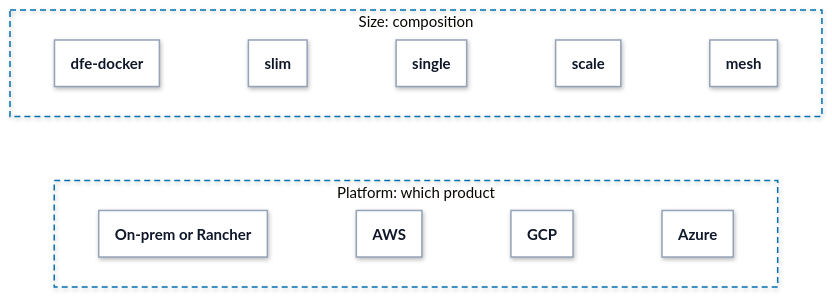
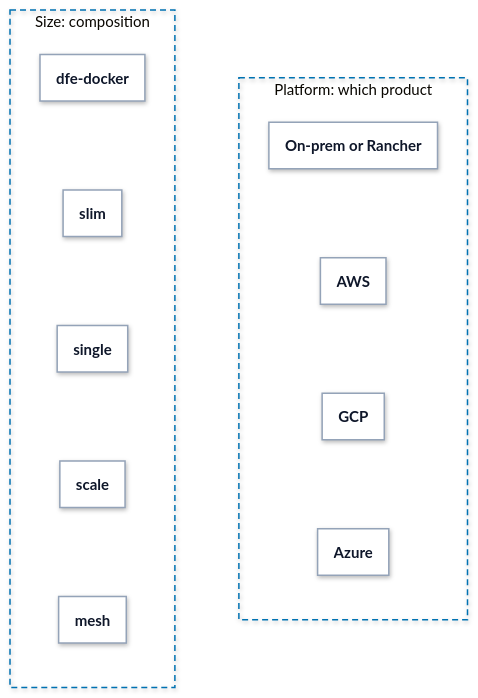
Before and after one commit to hyperi-io/dfe-engine: the second of 4 diagrams in docs/deployment/backing-services.md, drawn with Mermaid. The commit also changed 30 other files, not shown here.

First line of the commit message:
docs(architecture): engine page to the standard, diagrams to 860 px

````diff
--- a/docs/deployment/backing-services.md
+++ b/docs/deployment/backing-services.md
@@ -116,74 +116,74 @@
 ```mermaid
 ---
 config:
   theme: base
   look: neo
   fontFamily: Inter, -apple-system, Segoe UI, Roboto, Helvetica, Arial, sans-serif
   flowchart:
     curve: linear
     nodeSpacing: 40
     rankSpacing: 64
     padding: 18
     wrappingWidth: 280
     htmlLabels: true
   elk:
     preset: modelOrder
   themeVariables:
     fontSize: 15px
     lineColor: "#64748B"
     primaryTextColor: "#0F172A"
     clusterBorder: "#0072B2"
     edgeLabelBackground: "#FFFFFF"
   themeCSS: >-
     p{margin:0}
     .node[data-look] rect,.node[data-look] path,.node[data-look] polygon,.node[data-look] .outer-path{filter:drop-shadow(0 1px 2px rgba(15,23,42,.10)) drop-shadow(0 6px 14px rgba(15,23,42,.10))}
     .node rect{rx:10px;ry:10px}
     .cluster rect{rx:16px;ry:16px}
     .node .label div{min-width:150px}
     .node.decision .label div{min-width:0}
     .cluster[data-look] rect{filter:none}
     .nodeLabel{line-height:1.35}
     .nodeLabel b{font-weight:600;font-size:15px;letter-spacing:-0.01em}
     .nodeLabel span{font-size:12.5px;font-weight:400;color:#334155}
     .cluster-label span.nodeLabel{display:inline-block;background:#FFFFFF;color:#0B2A3F;border:1.5px solid #0072B2;border-radius:999px;padding:2px 12px;font-size:11.5px;font-weight:700;letter-spacing:.09em;text-transform:uppercase}
     .flowchart-link{stroke-width:1.75px}
     .labelBkg{background:transparent!important}
     span.edgeLabel{display:inline-block;background:#FFFFFF!important;color:#1E293B;border:1px solid #94A3B8;border-radius:999px;padding:2px 10px;font-size:12px;font-weight:500}
     span.edgeLabel p{background:transparent!important}
     .label-icon{width:20px;height:20px;vertical-align:-4px;margin-right:6px}
     .ingest .label-icon{color:#0E8A7D}
     .xform .label-icon{color:#7B4FB0}
     .load .label-icon{color:#0072B2}
     .bus .label-icon{color:#A8517F}
     .store .label-icon{color:#00785A}
     .ui .label-icon{color:#D9480F}
     .ext .label-icon{color:#64748B}
 ---
-flowchart TB
+flowchart LR
   accTitle: L4 Detail -- Size and platform axes
   accDescr: Size runs from dfe-docker through slim, single and scale to mesh and sets the composition. Platform runs on-prem, AWS, GCP and Azure and sets which product fills each backing service.
 
   subgraph size["Size: composition"]
-    direction LR
+    direction TB
     docker["<b>dfe-docker</b>"] ~~~ slim["<b>slim</b>"] ~~~ single["<b>single</b>"] ~~~ scale["<b>scale</b>"] ~~~ mesh["<b>mesh</b>"]
   end
   subgraph platform["Platform: which product"]
-    direction LR
+    direction TB
     onprem["<b>On-prem or Rancher</b>"] ~~~ aws["<b>AWS</b>"] ~~~ gcp["<b>GCP</b>"] ~~~ azure["<b>Azure</b>"]
   end
   size ~~~ platform
+  class docker,slim,single,scale,mesh,onprem,aws,gcp,azure part
   classDef ext fill:#F4F6F8,stroke:#94A3B8,stroke-width:1.5px,stroke-dasharray:5 4,color:#0F172A
   classDef ingest fill:#FFFFFF,stroke:#0E8A7D,stroke-width:3px,color:#0F172A
   classDef xform fill:#FFFFFF,stroke:#7B4FB0,stroke-width:3px,color:#0F172A
   classDef load fill:#FFFFFF,stroke:#0072B2,stroke-width:3px,color:#0F172A
   classDef bus fill:#FFFFFF,stroke:#A8517F,stroke-width:3px,color:#0F172A
   classDef store fill:#FFFFFF,stroke:#00785A,stroke-width:3px,color:#0F172A
   classDef ui fill:#FFFFFF,stroke:#D9480F,stroke-width:3px,color:#0F172A
   classDef decision fill:#FFFFFF,stroke:#9A6700,stroke-width:3px,color:#0F172A
   classDef error fill:#FFFFFF,stroke:#C2410C,stroke-width:3px,color:#0F172A
   classDef control fill:#FFFFFF,stroke:#334155,stroke-width:3px,color:#0F172A
   classDef part fill:#FFFFFF,stroke:#94A3B8,stroke-width:1.5px,color:#0F172A
-  class docker,slim,single,scale,mesh,onprem,aws,gcp,azure part
   style size fill:none,stroke:#0072B2,stroke-width:1.5px,stroke-dasharray:6 4
   style platform fill:none,stroke:#0072B2,stroke-width:1.5px,stroke-dasharray:6 4
 ```
````
